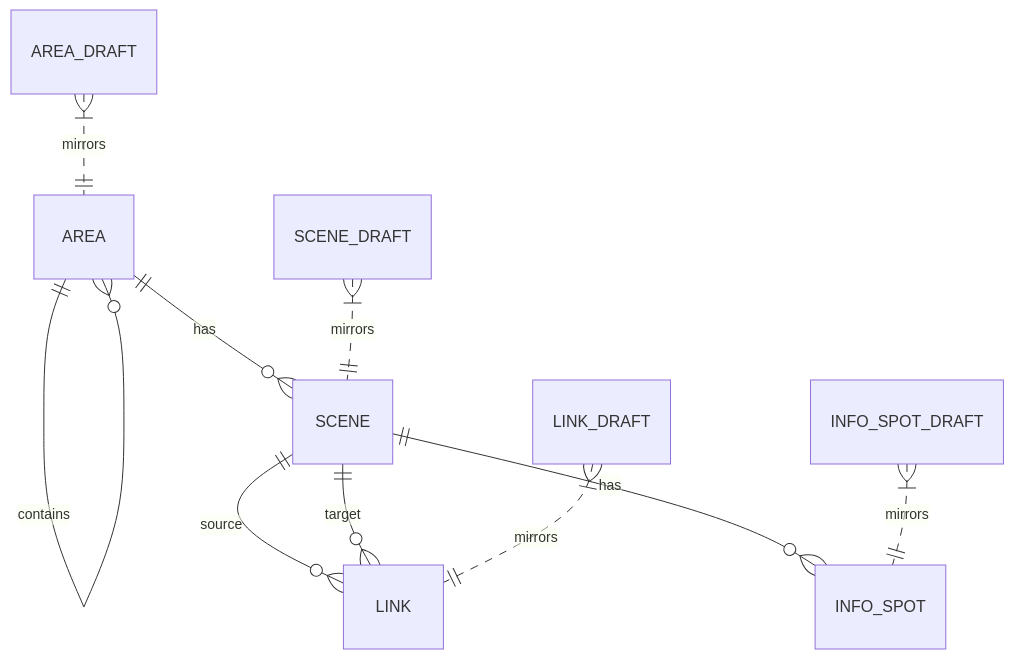
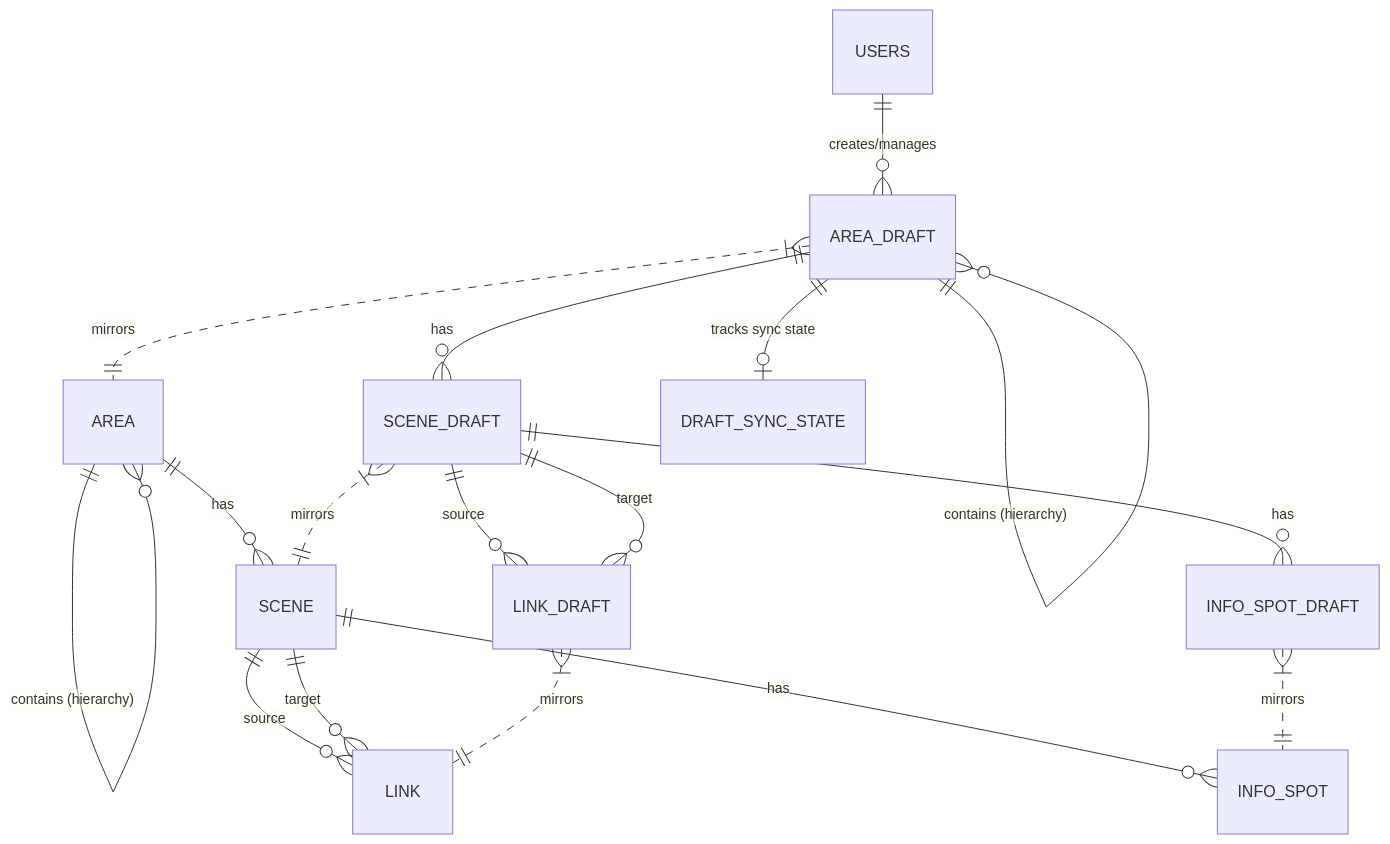
The diagram in docs/database.md (rrfito/Semen_Padang_VR), drawn with Mermaid before and after one commit. The commit also changed other lines of this file and 3 other files, not shown here.

````diff
--- a/docs/database.md
+++ b/docs/database.md
@@ -68,13 +73,25 @@
 ```mermaid
 erDiagram
-    AREA ||--o{ AREA : contains
-    AREA ||--o{ SCENE : has
-    SCENE ||--o{ LINK : source
-    SCENE ||--o{ LINK : target
-    SCENE ||--o{ INFO_SPOT : has
+    USERS ||--o{ AREA_DRAFT : "creates/manages"
 
-    AREA_DRAFT }|..|| AREA : mirrors
-    SCENE_DRAFT }|..|| SCENE : mirrors
-    LINK_DRAFT }|..|| LINK : mirrors
-    INFO_SPOT_DRAFT }|..|| INFO_SPOT : mirrors
+    AREA ||--o{ AREA : "contains (hierarchy)"
+    AREA ||--o{ SCENE : "has"
+    SCENE ||--o{ LINK : "source"
+    SCENE ||--o{ LINK : "target"
+    SCENE ||--o{ INFO_SPOT : "has"
+
+    %% Draft mirroring relationships
+    AREA_DRAFT }|..|| AREA : "mirrors"
+    SCENE_DRAFT }|..|| SCENE : "mirrors"
+    LINK_DRAFT }|..|| LINK : "mirrors"
+    INFO_SPOT_DRAFT }|..|| INFO_SPOT : "mirrors"
+
+    %% Draft relationships
+    AREA_DRAFT ||--o{ AREA_DRAFT : "contains (hierarchy)"
+    AREA_DRAFT ||--o{ SCENE_DRAFT : "has"
+    SCENE_DRAFT ||--o{ LINK_DRAFT : "source"
+    SCENE_DRAFT ||--o{ LINK_DRAFT : "target"
+    SCENE_DRAFT ||--o{ INFO_SPOT_DRAFT : "has"
+    
+    AREA_DRAFT ||--o| DRAFT_SYNC_STATE : "tracks sync state"
 ```
````
